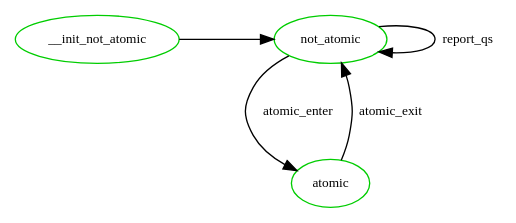
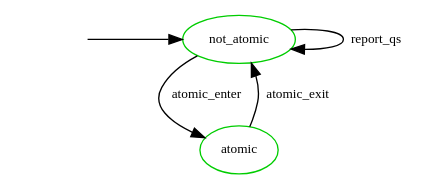
The diagram in Dot_Models/not_atomic_qs.dot (joelagnel/RCU_Supremica), drawn with Graphviz before and after one commit. The commit also changed 1 other file, not shown here.

```diff
--- a/Dot_Models/not_atomic_qs.dot
+++ b/Dot_Models/not_atomic_qs.dot
@@ -1,24 +1,24 @@
 digraph state_automaton {
 	center = true;
 	// size = "700,800";
 	nodesep = 0.5;
-	{node [shape = plaintext, style=invis, label=""] "__init_read_locked"};
+	{node [shape = plaintext, style=invis, label=""] "__init_not_atomic"};
 	node [shape = ellipse, fontsize=10, color = green3];
 	edge [fontsize=10];
 
 	"__init_not_atomic" -> "not_atomic";
 
 	/* Handling for pirq dis, read-lock, read-unlock, pirq en */
 	"atomic" [label = "atomic"];
 	"not_atomic" [label = "not_atomic"]; 
 
 	"not_atomic" -> "atomic" [ label = "atomic_enter" ];
 	"atomic" -> "not_atomic" [ label = "atomic_exit" ];
 
 	"not_atomic" -> "not_atomic" [ label = "report_qs" ];
 
 	{ rank = min ;
 		"__init_not_atomic";
 		"not_atomic";
 	}
 }
```
